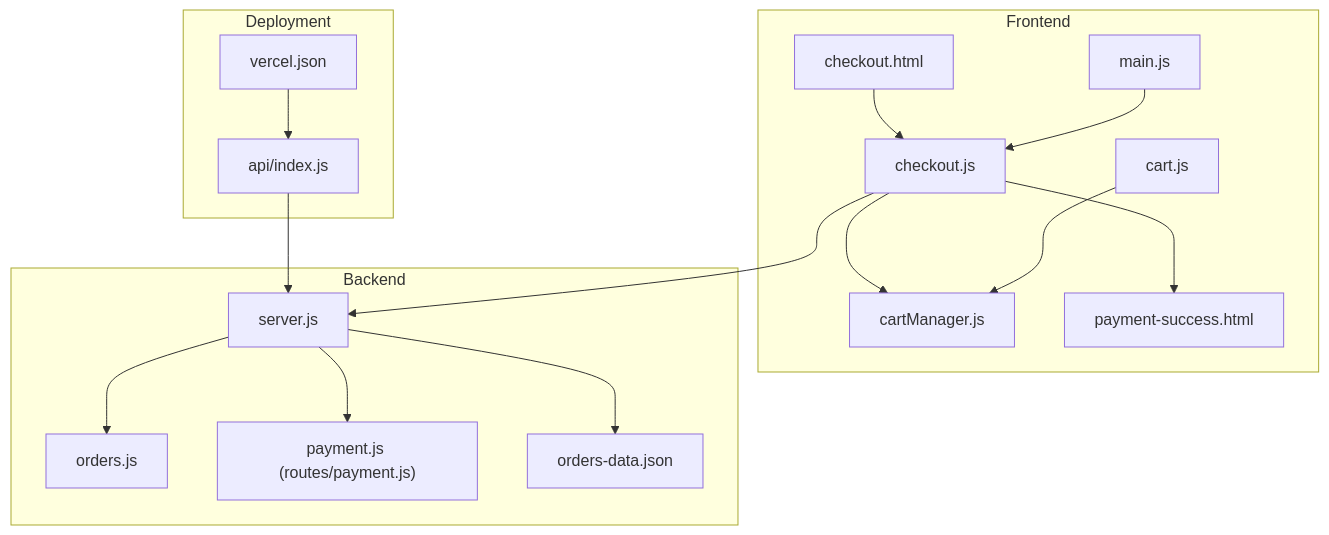
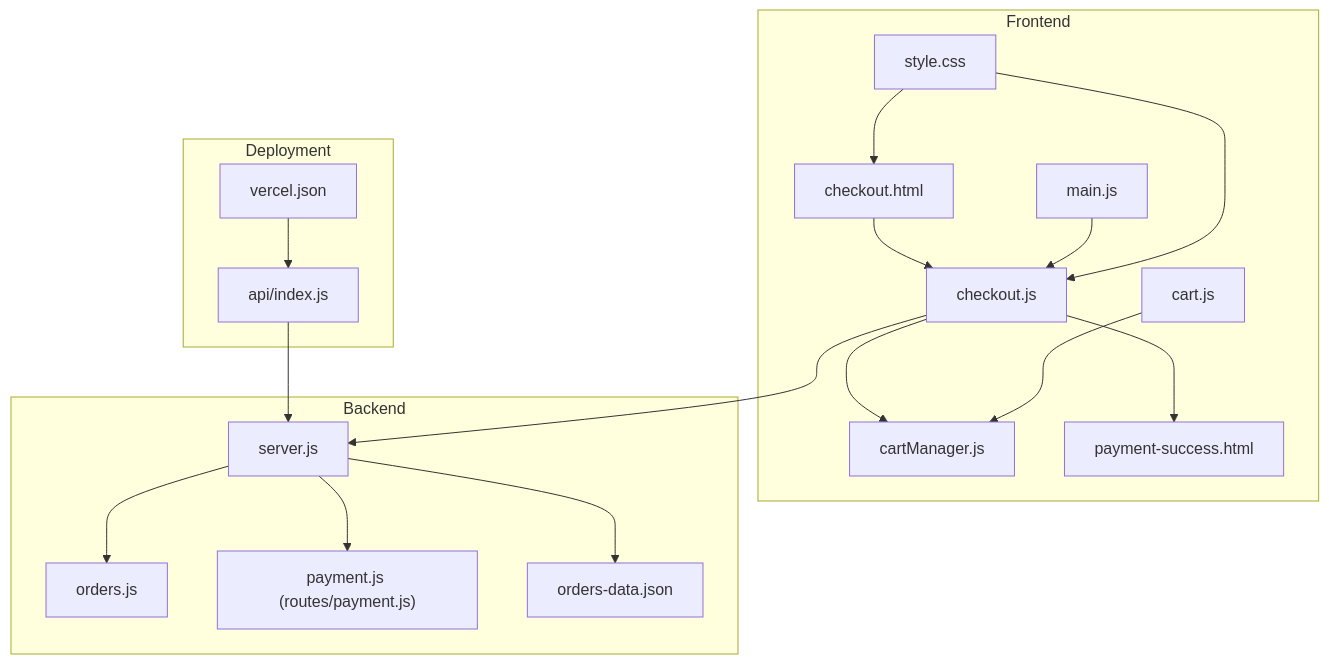
The first of 8 diagrams in .qoder/repowiki/en/content/Frontend Architecture/Checkout Process.md (SirD33k/activezone), drawn with Mermaid before and after one commit. The commit also changed other lines of this file and 7 other files, not shown here.

````diff
--- a/.qoder/repowiki/en/content/Frontend Architecture/Checkout Process.md
+++ b/.qoder/repowiki/en/content/Frontend Architecture/Checkout Process.md
@@ -56,32 +59,35 @@
 ```mermaid
 graph TB
 subgraph "Frontend"
 CH["checkout.html"]
 CJ["checkout.js"]
 CM["cartManager.js"]
 CJS["cart.js"]
 MS["main.js"]
 PS["payment-success.html"]
+ST["style.css"]
 end
 subgraph "Backend"
 SV["server.js"]
 OR["orders.js"]
 PJ["payment.js (routes/payment.js)"]
 OD["orders-data.json"]
 end
 subgraph "Deployment"
 VC["vercel.json"]
 AI["api/index.js"]
 end
 CH --> CJ
 CJ --> CM
 CJ --> SV
 CJ --> PS
 CJS --> CM
 MS --> CJ
 SV --> OR
 SV --> PJ
 SV --> OD
 VC --> AI
 AI --> SV
+ST --> CJ
+ST --> CH
 ```
````
